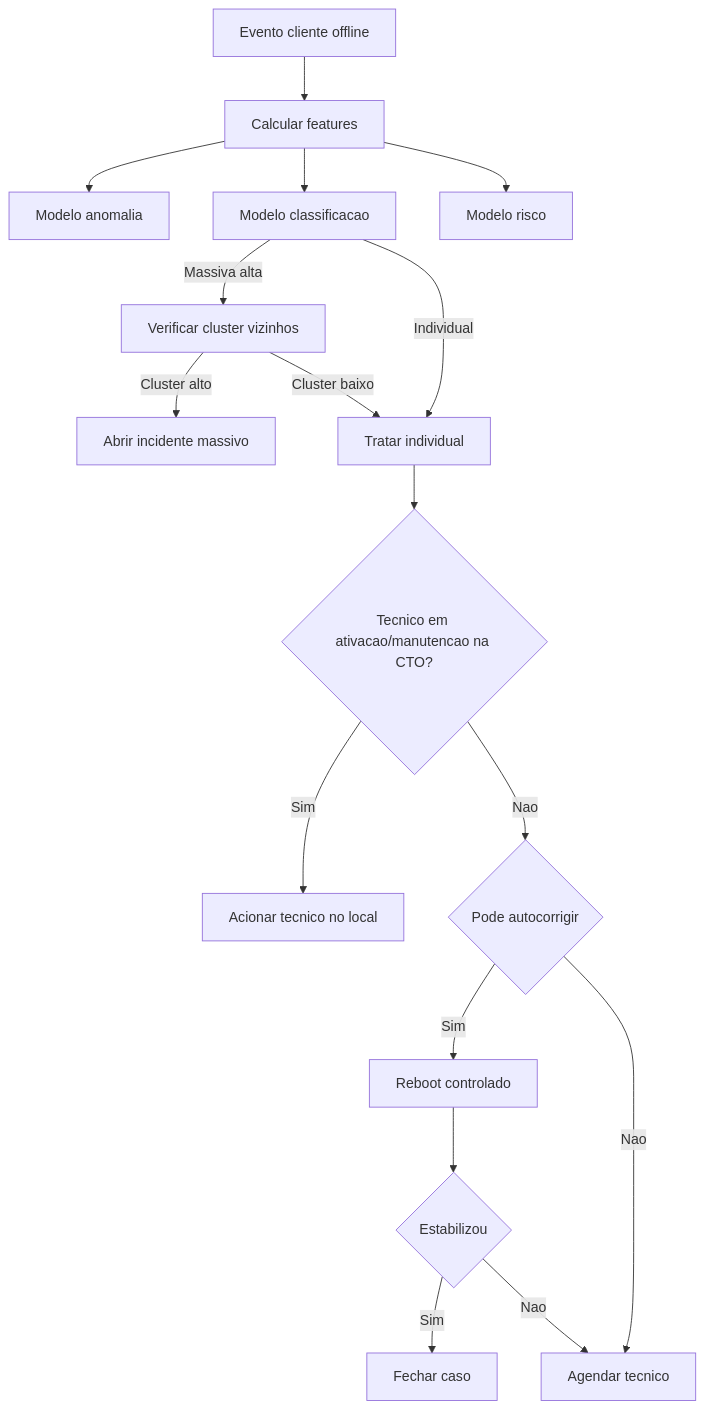
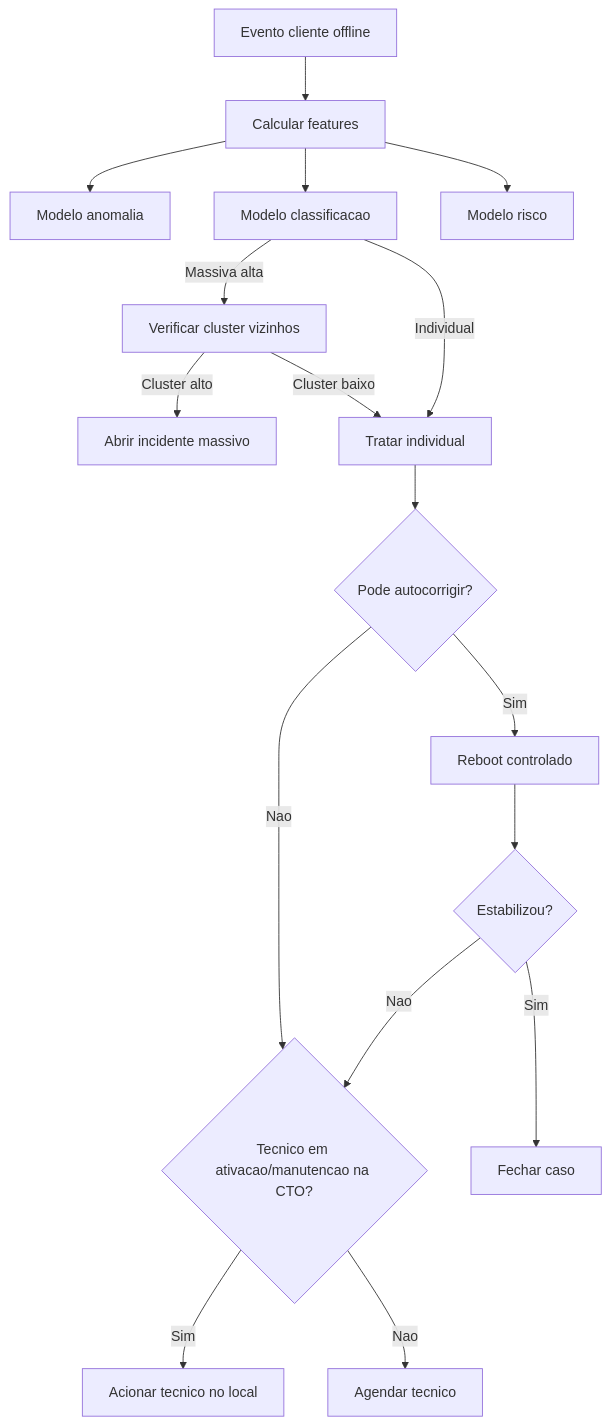
The second of 4 diagrams in README.md (murylomarques/AI_Network_Guardian), drawn with Mermaid before and after one commit.

Commit message:
README v4

````diff
--- a/README.md
+++ b/README.md
@@ -144,23 +144,23 @@
 ```mermaid
 flowchart TD
   S[Evento cliente offline] --> F1[Calcular features]
   F1 --> M1[Modelo anomalia]
   F1 --> M2[Modelo classificacao]
   F1 --> M3[Modelo risco]
 
   M2 -->|Massiva alta| X1[Verificar cluster vizinhos]
   X1 -->|Cluster alto| A1[Abrir incidente massivo]
   X1 -->|Cluster baixo| I1[Tratar individual]
 
   M2 -->|Individual| I1
 
-  I1 --> T0{Tecnico em ativacao/manutencao na CTO?}
+  I1 --> R1{Pode autocorrigir?}
+  R1 -->|Sim| B1[Reboot controlado]
+  R1 -->|Nao| T0{Tecnico em ativacao/manutencao na CTO?}
   T0 -->|Sim| L1[Acionar tecnico no local]
-  T0 -->|Nao| R1{Pode autocorrigir}
-  R1 -->|Sim| B1[Reboot controlado]
-  R1 -->|Nao| T1[Agendar tecnico]
+  T0 -->|Nao| T1[Agendar tecnico]
 
-  B1 --> V1{Estabilizou}
+  B1 --> V1{Estabilizou?}
   V1 -->|Sim| C1[Fechar caso]
-  V1 -->|Nao| T1
+  V1 -->|Nao| T0
 ```
````
